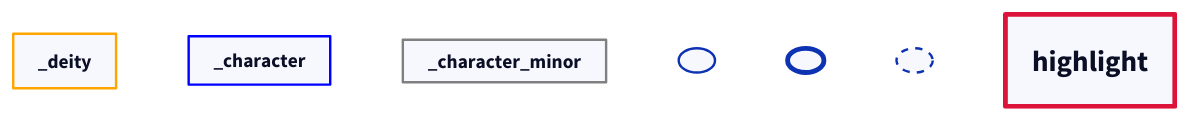
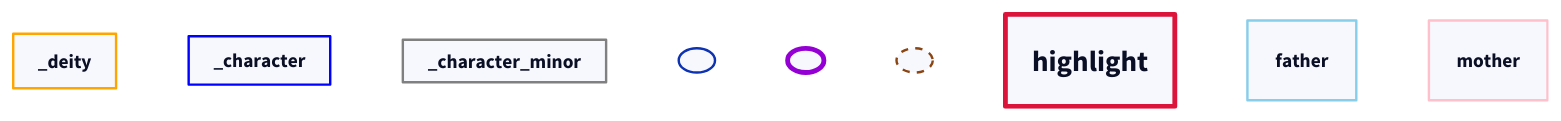
One commit to brantmerrell/diagrams changed the diagram in story_classes.d2. Above: the diagram before and after it, drawn with D2. The commit also changed 10 other files, not shown here.

```diff
--- a/story_classes.d2
+++ b/story_classes.d2
@@ -1,50 +1,62 @@
 _deity: {
   style: {
     stroke: Orange
   }
   height: 45
 }
 _character: {
   style: {
     stroke: Blue
   }
   height: 40
 }
 _character_minor: {
   style: {
     stroke: Gray
   }
   height: 35
 }
 _union: {
   label: ""
   shape: oval
   width: 30
   height: 20
 }
 _union_biological: {
   label: ""
   shape: oval
   width: 30
   height: 20
   style: {
     stroke-width: 4
+    stroke: DarkViolet
   }
 }
 _union_legal: {
   label: ""
   shape: oval
   width: 30
   height: 20
   style: {
     stroke-dash: 3
+    stroke: SaddleBrown
   }
 }
 highlight: {
   style: {
     stroke-width: 5
     font-size: 24
     stroke: Crimson
     stroke-width: 4
   }
 }
+father: {
+  style: {
+    stroke: SkyBlue
+  }
+}
+mother: {
+  style: {
+    stroke: Pink
+  }
+}
```
